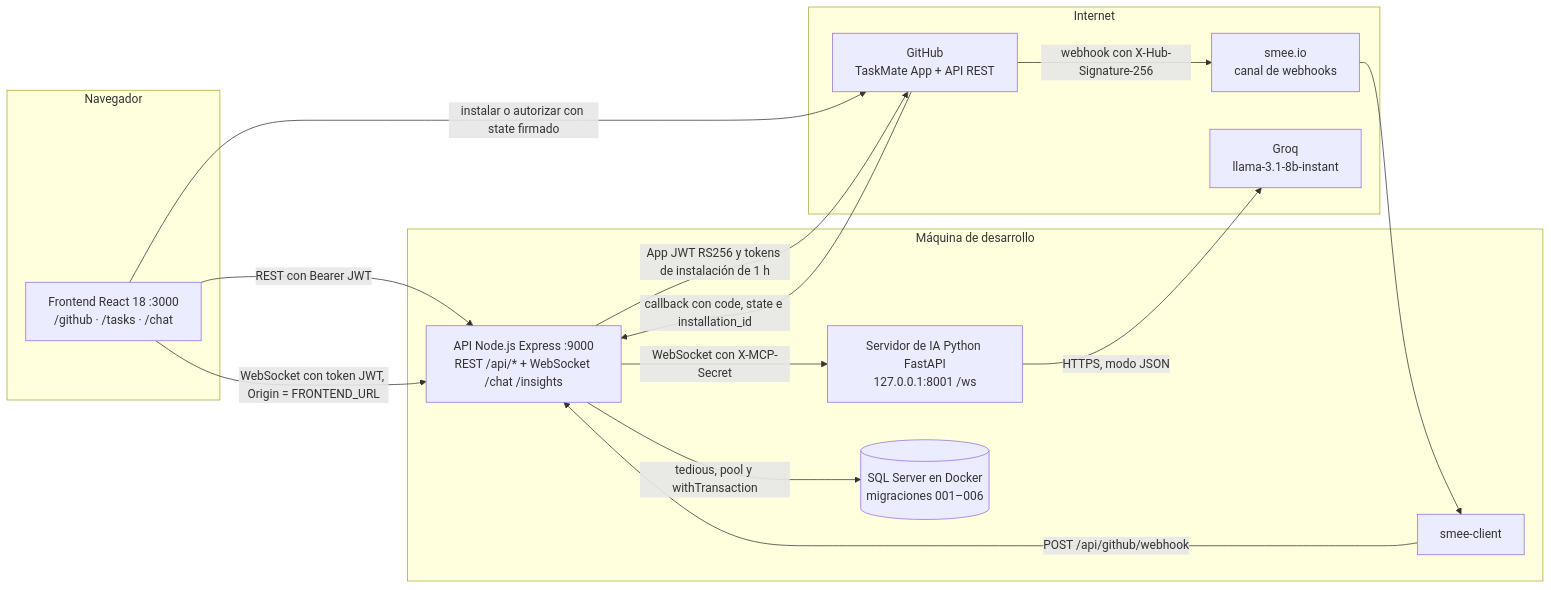
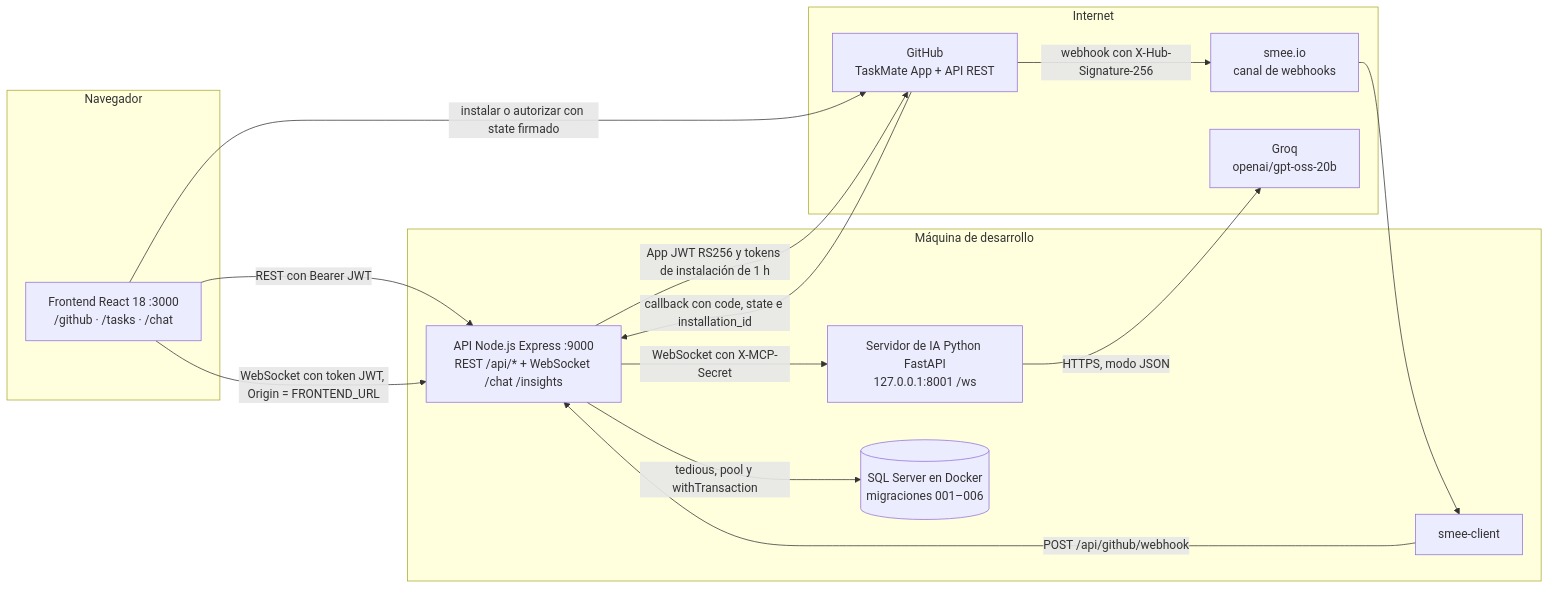
The first of 5 diagrams in docs/fase-03-integracion-github/README.md (PabloP150/proyecto-is-cc6), drawn with Mermaid before and after one commit. The commit also changed other lines of this file and 11 other files, not shown here.

````diff
--- a/docs/fase-03-integracion-github/README.md
+++ b/docs/fase-03-integracion-github/README.md
@@ -311,31 +311,31 @@
 ```mermaid
 flowchart LR
     subgraph NAV["Navegador"]
         FE["Frontend React 18 :3000<br/>/github · /tasks · /chat"]
     end
 
     subgraph LOCAL["Máquina de desarrollo"]
         API["API Node.js Express :9000<br/>REST /api/* + WebSocket /chat /insights"]
         PY["Servidor de IA Python FastAPI<br/>127.0.0.1:8001 /ws"]
         DB[("SQL Server en Docker<br/>migraciones 001–006")]
         SC["smee-client"]
     end
 
     subgraph NUBE["Internet"]
         GH["GitHub<br/>TaskMate App + API REST"]
         SMEE["smee.io<br/>canal de webhooks"]
-        GROQ["Groq<br/>llama-3.1-8b-instant"]
+        GROQ["Groq<br/>openai/gpt-oss-20b"]
     end
 
     FE -->|"REST con Bearer JWT"| API
     FE -->|"WebSocket con token JWT, Origin = FRONTEND_URL"| API
     FE -->|"instalar o autorizar con state firmado"| GH
     GH -->|"callback con code, state e installation_id"| API
     API -->|"App JWT RS256 y tokens de instalación de 1 h"| GH
     GH -->|"webhook con X-Hub-Signature-256"| SMEE
     SMEE --> SC
     SC -->|"POST /api/github/webhook"| API
     API -->|"tedious, pool y withTransaction"| DB
     API -->|"WebSocket con X-MCP-Secret"| PY
     PY -->|"HTTPS, modo JSON"| GROQ
 ```
````
